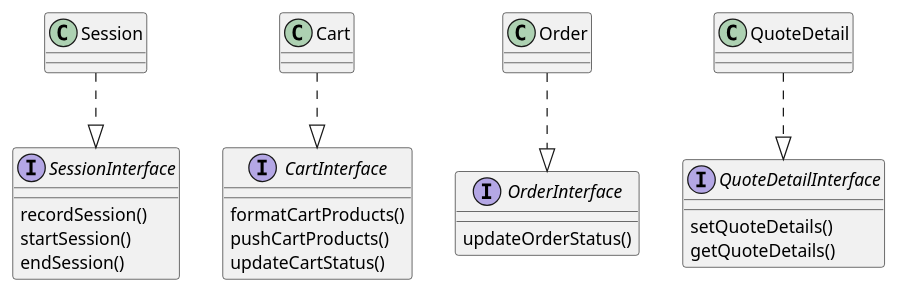
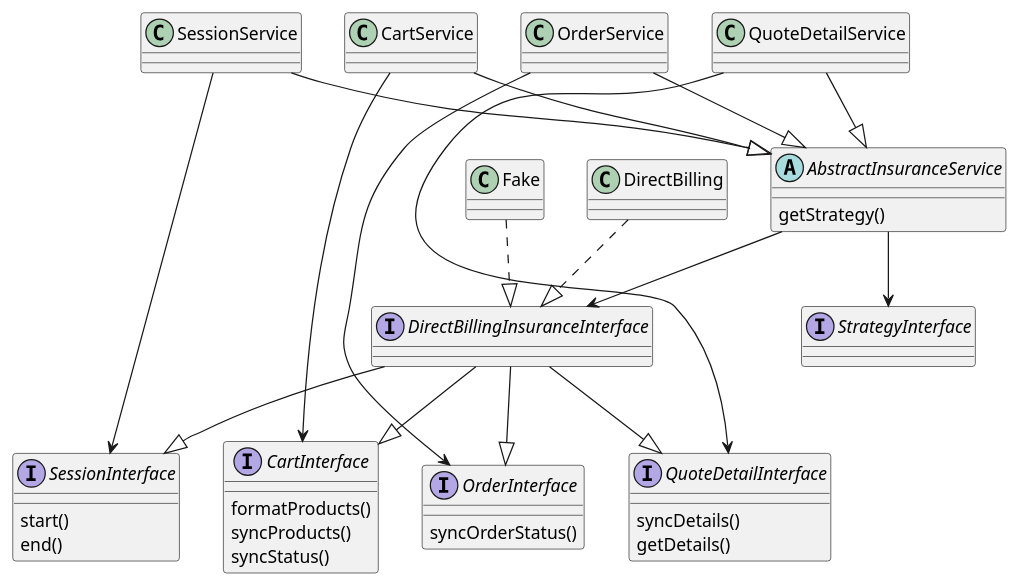
One commit to Jayounger/EyeMed-Sequence-Diagram changed the diagram in Class.puml. Above: the diagram before and after it, drawn with PlantUML. The commit also changed 75 other files, not shown here.

```diff
--- a/Class.puml
+++ b/Class.puml
@@ -1,39 +1,71 @@
 @startuml
 'https://plantuml.com/class-diagram
 
+
+together {
 interface SessionInterface
 interface CartInterface
 interface OrderInterface
 interface QuoteDetailInterface
+}
+together {
+class SessionService
+class CartService
+class OrderService
+class QuoteDetailService
+}
 
-class Session
-class Cart
-class Order
-class QuoteDetail
+together {
+class DirectBilling
+class Fake
+}
 
-SessionInterface : recordSession()
-SessionInterface : startSession()
-SessionInterface : endSession()
-
-CartInterface : formatCartProducts()
-CartInterface : pushCartProducts()
-CartInterface : updateCartStatus()
-
-QuoteDetailInterface : setQuoteDetails()
-QuoteDetailInterface : getQuoteDetails()
-
-OrderInterface : updateOrderStatus()
+abstract class AbstractInsuranceService
+interface StrategyInterface
+interface DirectBillingInsuranceInterface
 
 
-Session ..|> SessionInterface
-Cart ..|> CartInterface
-Order ..|> OrderInterface
-QuoteDetail ..|> QuoteDetailInterface
+'继承
+DirectBillingInsuranceInterface --|> SessionInterface
+DirectBillingInsuranceInterface --|> CartInterface
+DirectBillingInsuranceInterface --|> OrderInterface
+DirectBillingInsuranceInterface --|> QuoteDetailInterface
+
+DirectBilling ..|> DirectBillingInsuranceInterface
+Fake ..|> DirectBillingInsuranceInterface
 
 
+'实现
+SessionService --> SessionInterface
+CartService --> CartInterface
+OrderService --> OrderInterface
+QuoteDetailService --> QuoteDetailInterface
+
+AbstractInsuranceService --> StrategyInterface
+AbstractInsuranceService --> DirectBillingInsuranceInterface
+
+SessionService --|> AbstractInsuranceService
+CartService --|> AbstractInsuranceService
+OrderService --|> AbstractInsuranceService
+QuoteDetailService --|> AbstractInsuranceService
+
+'方法定义
+SessionInterface : start()
+SessionInterface : end()
+
+CartInterface : formatProducts()
+CartInterface : syncProducts()
+CartInterface : syncStatus()
+
+QuoteDetailInterface : syncDetails()
+QuoteDetailInterface : getDetails()
+
+OrderInterface : syncOrderStatus()
+
+AbstractInsuranceService : getStrategy()
 
 
 
 
 
 @enduml
```
